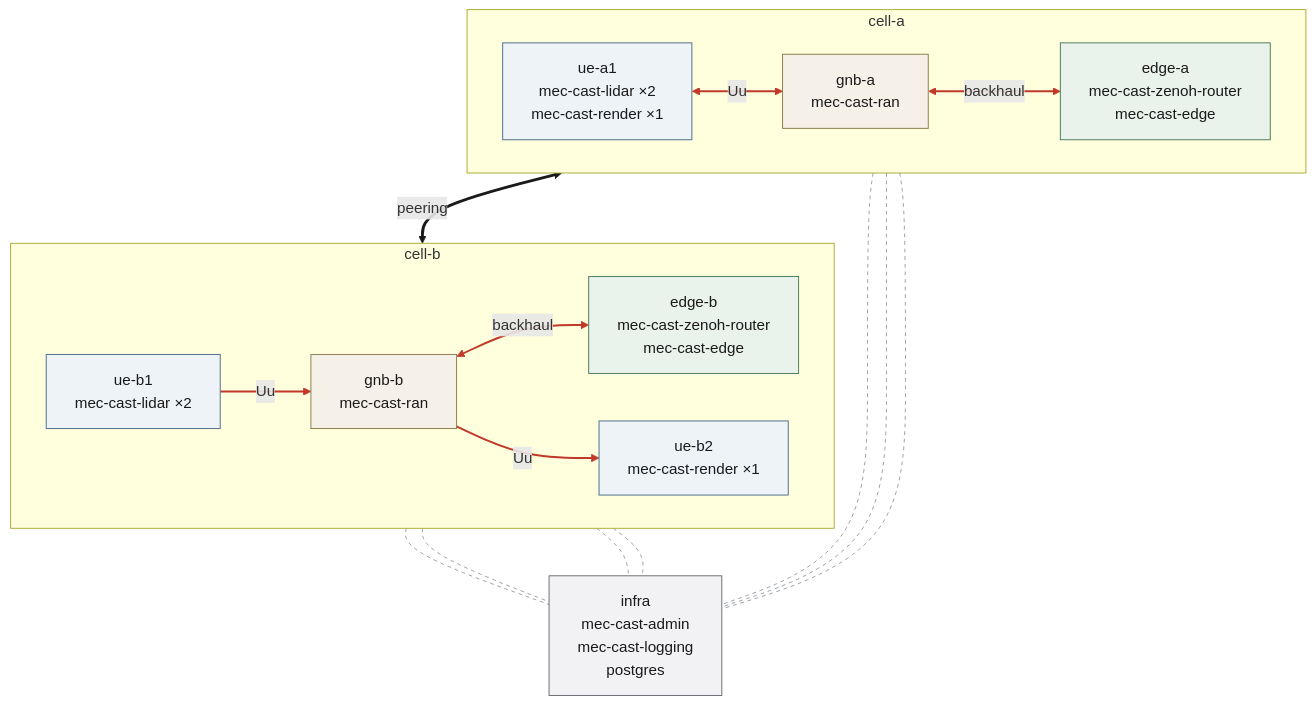
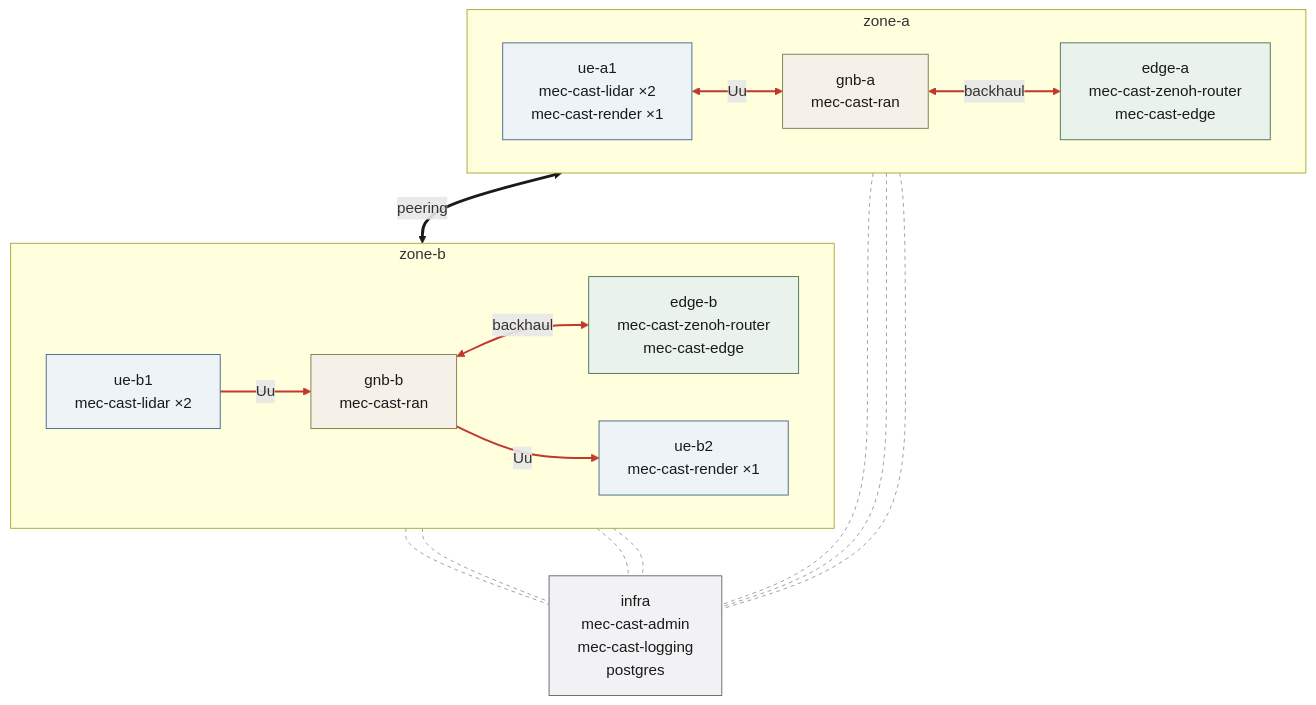
Before and after one commit to morosev/mec-cast: the third of 3 diagrams in docs/diagrams/README.md, drawn with Mermaid. The commit also changed other lines of this file and 52 other files, not shown here.

````diff
--- a/docs/diagrams/README.md
+++ b/docs/diagrams/README.md
@@ -225,49 +225,49 @@
 ```mermaid
 flowchart TB
   classDef ue    fill:#EEF3F8,stroke:#4A6B8A,stroke-width:1px,color:#1A1A1A
   classDef gnb   fill:#F6F1E8,stroke:#8A7A4A,stroke-width:1px,color:#1A1A1A
   classDef edge  fill:#EAF2EC,stroke:#4A7A5A,stroke-width:1px,color:#1A1A1A
   classDef infra fill:#F2F2F4,stroke:#6A6A72,stroke-width:1px,color:#1A1A1A
 
-  subgraph CELL_A["cell-a"]
+  subgraph ZONE_A["zone-a"]
     direction LR
     UEA["ue-a1<br/>mec-cast-lidar ×2<br/>mec-cast-render ×1"]
     GA["gnb-a<br/>mec-cast-ran"]
     EA["edge-a<br/>mec-cast-zenoh-router<br/>mec-cast-edge"]
   end
 
-  subgraph CELL_B["cell-b"]
+  subgraph ZONE_B["zone-b"]
     direction LR
     UEB1["ue-b1<br/>mec-cast-lidar ×2"]
     GB["gnb-b<br/>mec-cast-ran"]
     EB["edge-b<br/>mec-cast-zenoh-router<br/>mec-cast-edge"]
     UEB2["ue-b2<br/>mec-cast-render ×1"]
   end
 
   INF["infra<br/>mec-cast-admin<br/>mec-cast-logging<br/>postgres"]
 
   UEA  <-->|Uu| GA
   GA   <-->|backhaul| EA
   UEB1 -->|Uu| GB
   GB   <-->|backhaul| EB
   GB   -->|Uu| UEB2
 
   EA <==>|peering| EB
 
   UEA  -.- INF
   GA   -.- INF
   EA   -.- INF
   UEB1 -.- INF
   GB   -.- INF
   EB   -.- INF
   UEB2 -.- INF
 
   class UEA,UEB1,UEB2 ue
   class GA,GB gnb
   class EA,EB edge
   class INF infra
 
   linkStyle 0,1,2,3,4 stroke:#C0392B,stroke-width:2px;
   linkStyle 5 stroke:#1A1A1A,stroke-width:3px;
   linkStyle 6,7,8,9,10,11,12 stroke:#9AA0A6,stroke-width:1px,stroke-dasharray:4 4;
 ```
````
